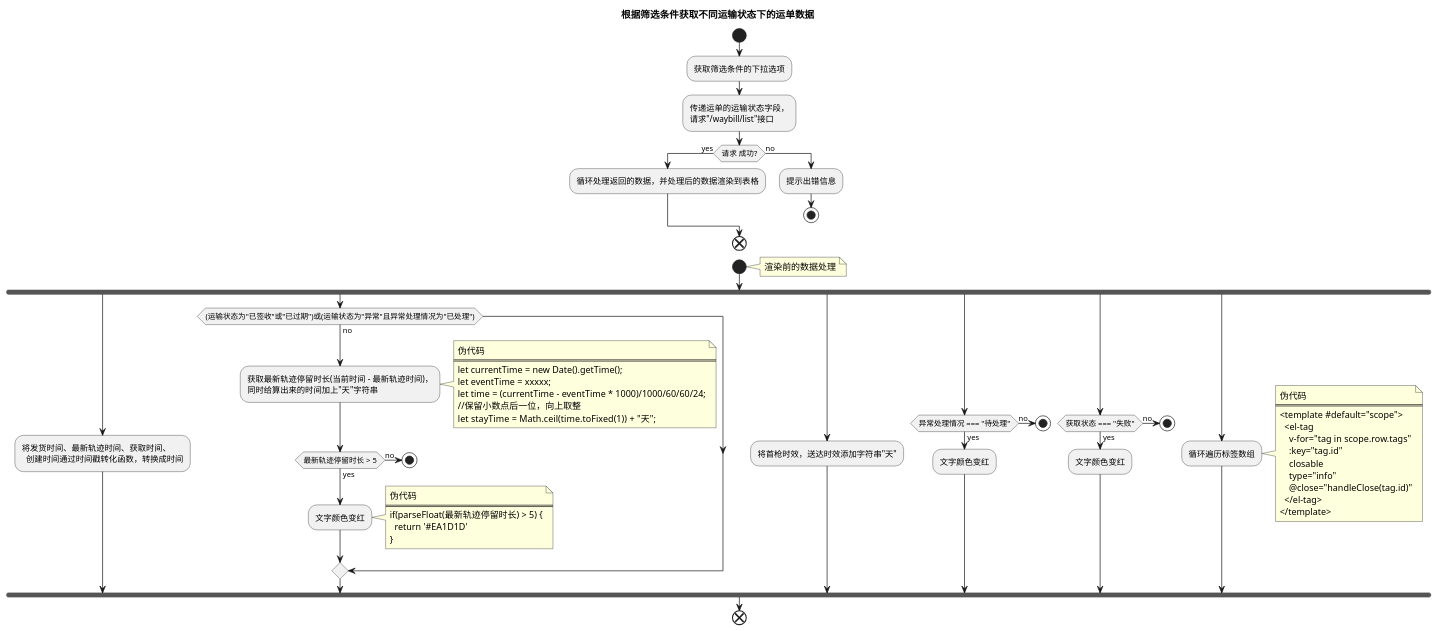
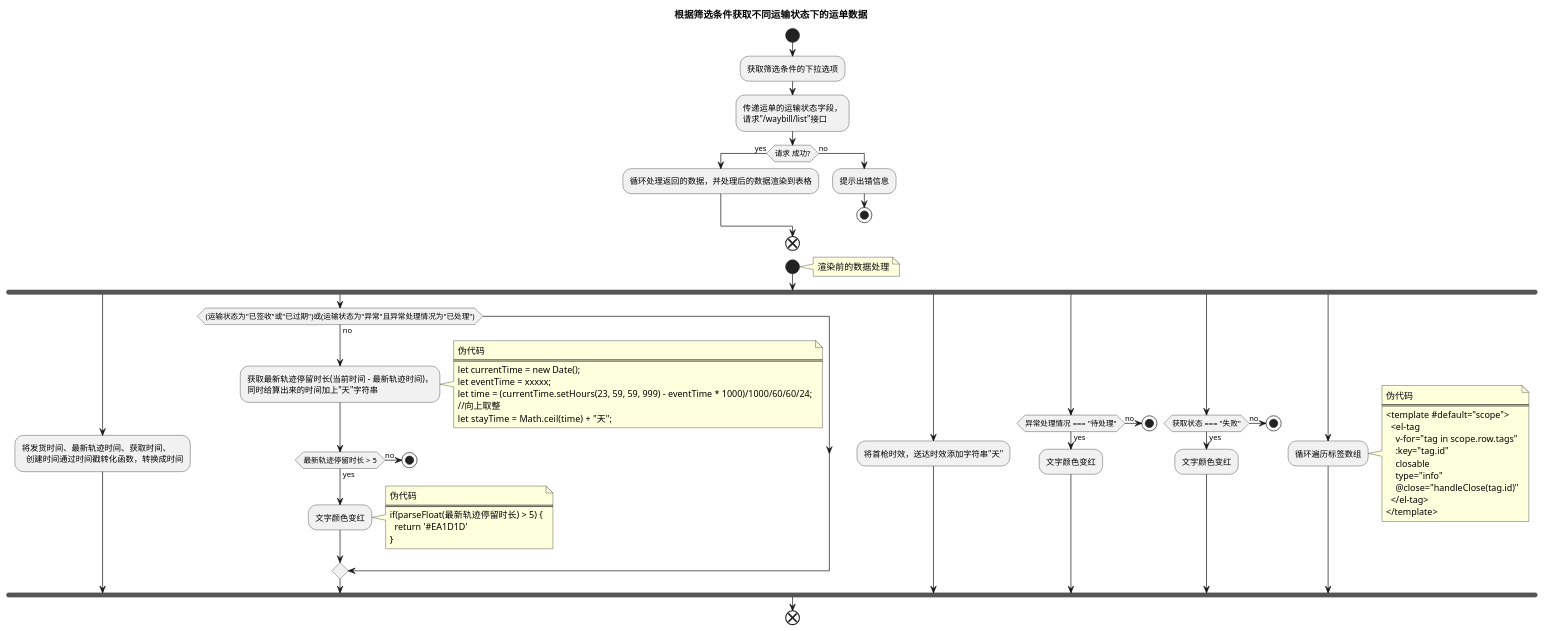
Before and after one commit to futurekidult/lis: the first of 4 diagrams in docs/development-flow-diagram.puml/logistics-list/get-list.puml, drawn with PlantUML. The commit also changed 2 other files, not shown here.

Commit message:
refactor: update stay time function

```diff
--- a/docs/development-flow-diagram.puml/logistics-list/get-list.puml
+++ b/docs/development-flow-diagram.puml/logistics-list/get-list.puml
@@ -1,81 +1,81 @@
 @startuml
 title 根据筛选条件获取不同运输状态下的运单数据
 
 start
 :获取筛选条件的下拉选项;
 :传递运单的运输状态字段，
 请求"/waybill/list"接口;
 if(请求 成功?) then (yes)
   :循环处理返回的数据，并处理后的数据渲染到表格;
 else (no)
   :提示出错信息;
   stop
 endif
 end
 
 start
 note right
   渲染前的数据处理
 end note
 fork
   :将发货时间、最新轨迹时间、获取时间、
     创建时间通过时间戳转化函数，转换成时间;
 fork again
   if((运输状态为"已签收"或"已过期")或(运输状态为"异常"且异常处理情况为"已处理")) then (no) 
     :获取最新轨迹停留时长(当前时间 - 最新轨迹时间)，
     同时给算出来的时间加上"天"字符串;
     note right
       伪代码
       ====
-      let currentTime = new Date().getTime();
+      let currentTime = new Date();
       let eventTime = xxxxx;
-      let time = (currentTime - eventTime * 1000)/1000/60/60/24;
-      //保留小数点后一位，向上取整
-      let  stayTime = Math.ceil(time.toFixed(1)) + "天";
+      let time = (currentTime.setHours(23, 59, 59, 999) - eventTime * 1000)/1000/60/60/24;
+      //向上取整
+      let  stayTime = Math.ceil(time) + "天";
     end note
      if(最新轨迹停留时长 > 5) then (yes)
     :文字颜色变红;
     note right
       伪代码
       ====
       if(parseFloat(最新轨迹停留时长) > 5) {
         return '#EA1D1D'
       }
     end note
   else (no)
     stop
   endif
   endif
 fork again
   :将首枪时效，送达时效添加字符串"天";
 fork again
   if(异常处理情况 === "待处理") then (yes)
     :文字颜色变红;
   else (no)
     stop
   endif
 fork again
   if(获取状态 === "失败") then (yes)
     :文字颜色变红;
   else (no)
     stop
   endif
 fork again
   :循环遍历标签数组;
   note right
     伪代码
     ====
     <template #default="scope">
       <el-tag 
         v-for="tag in scope.row.tags"
         :key="tag.id"
         closable
         type="info"
         @close="handleClose(tag.id)"
       </el-tag>
     </template>
   end note
 end fork
 end
 
 @enduml
```
